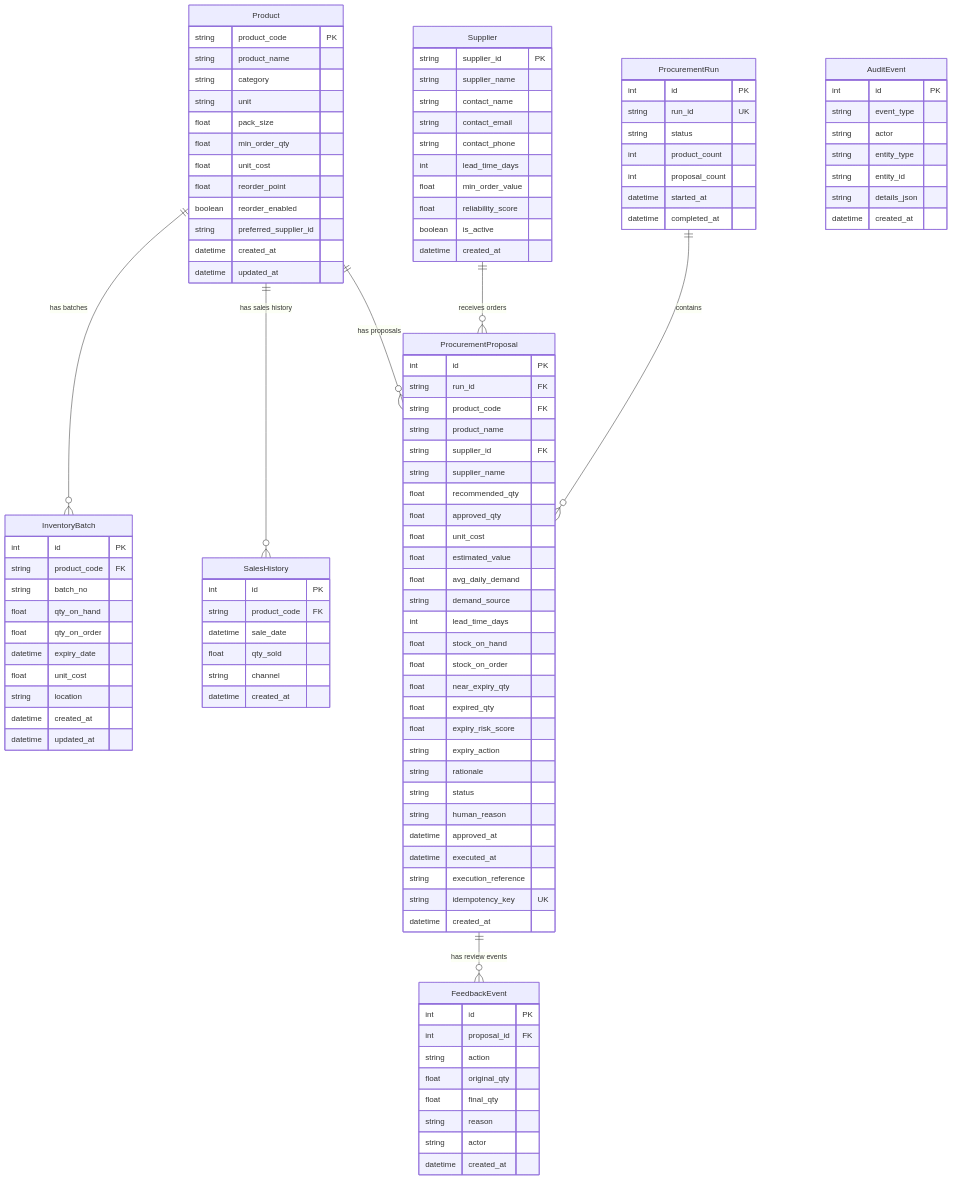
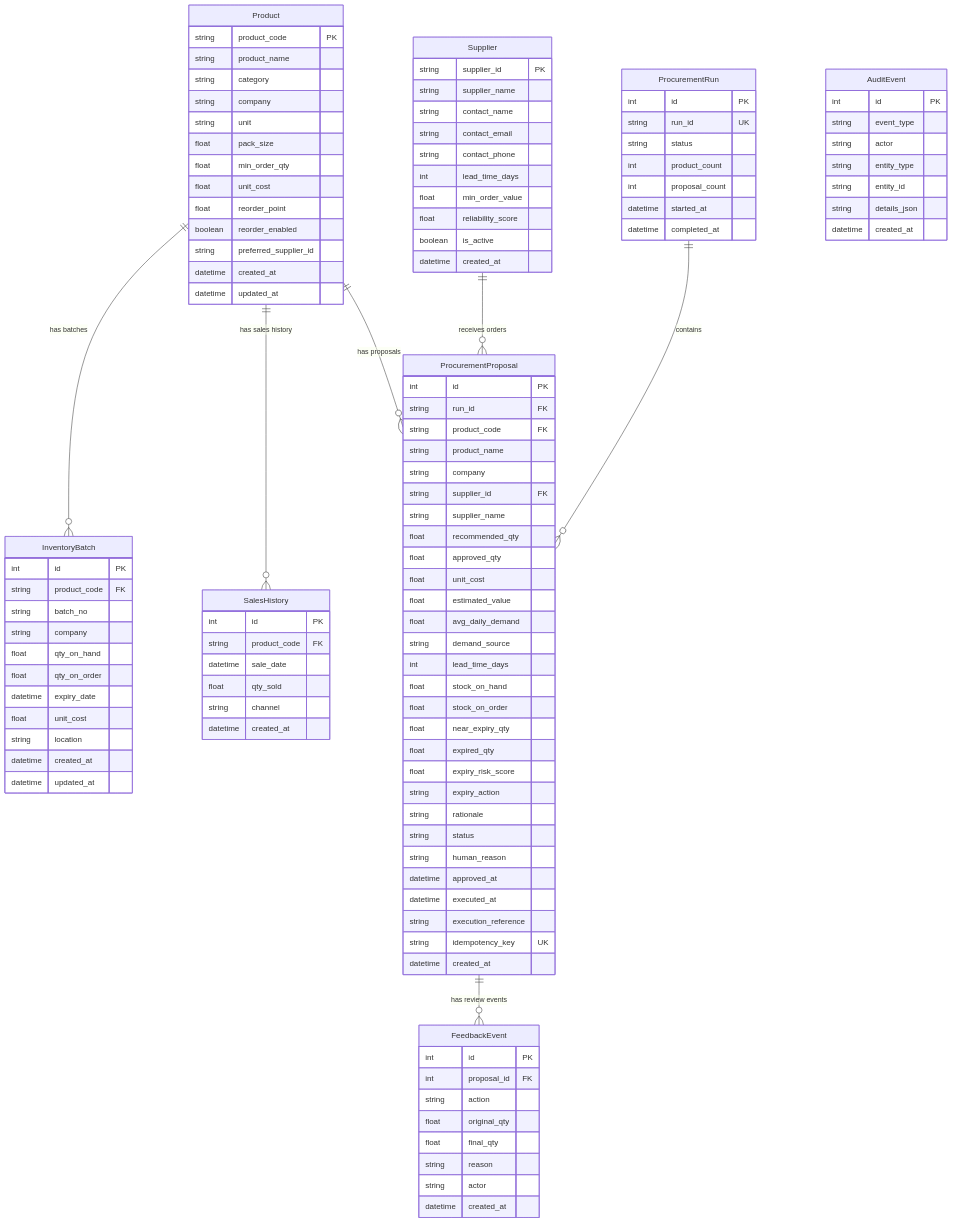
One commit to debnathch/procurement_agent changed the second of 6 diagrams in docs/LLD.md. Above: the diagram before and after it, drawn with Mermaid. The commit also changed other lines of this file and 3 other files, not shown here.

Commit message:
docs: update LLD, architecture diagram, and README for company filtering and tab persistence

```diff
--- a/docs/LLD.md
+++ b/docs/LLD.md
@@ -124,6 +125,7 @@
         string product_code PK
         string product_name
         string category
+        string company
         string unit
         float pack_size
         float min_order_qty
@@ -152,6 +154,7 @@
         int id PK
         string product_code FK
         string batch_no
+        string company
         float qty_on_hand
         float qty_on_order
         datetime expiry_date
@@ -185,6 +188,7 @@
         string run_id FK
         string product_code FK
         string product_name
+        string company
         string supplier_id FK
         string supplier_name
         float recommended_qty
```
